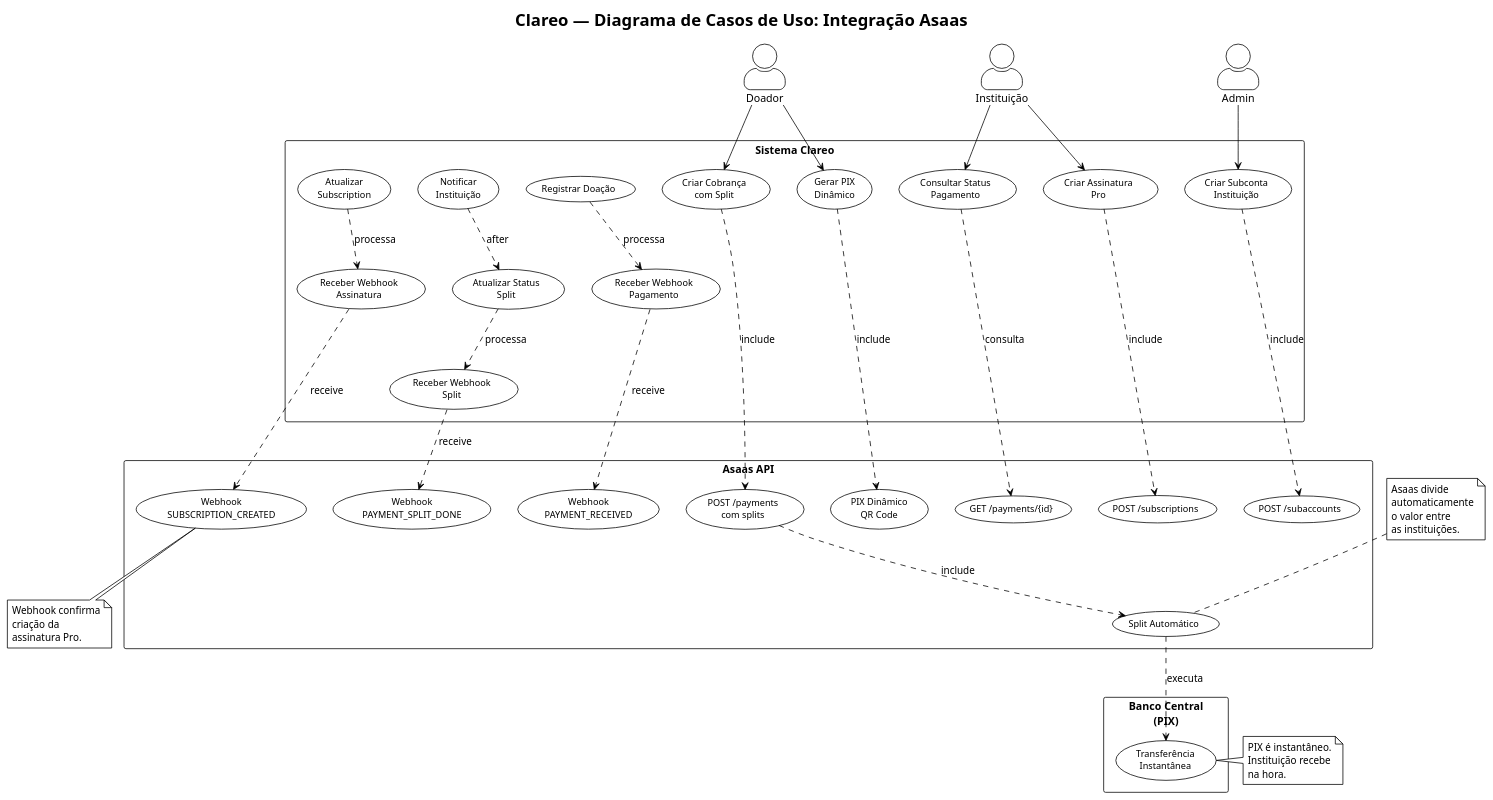
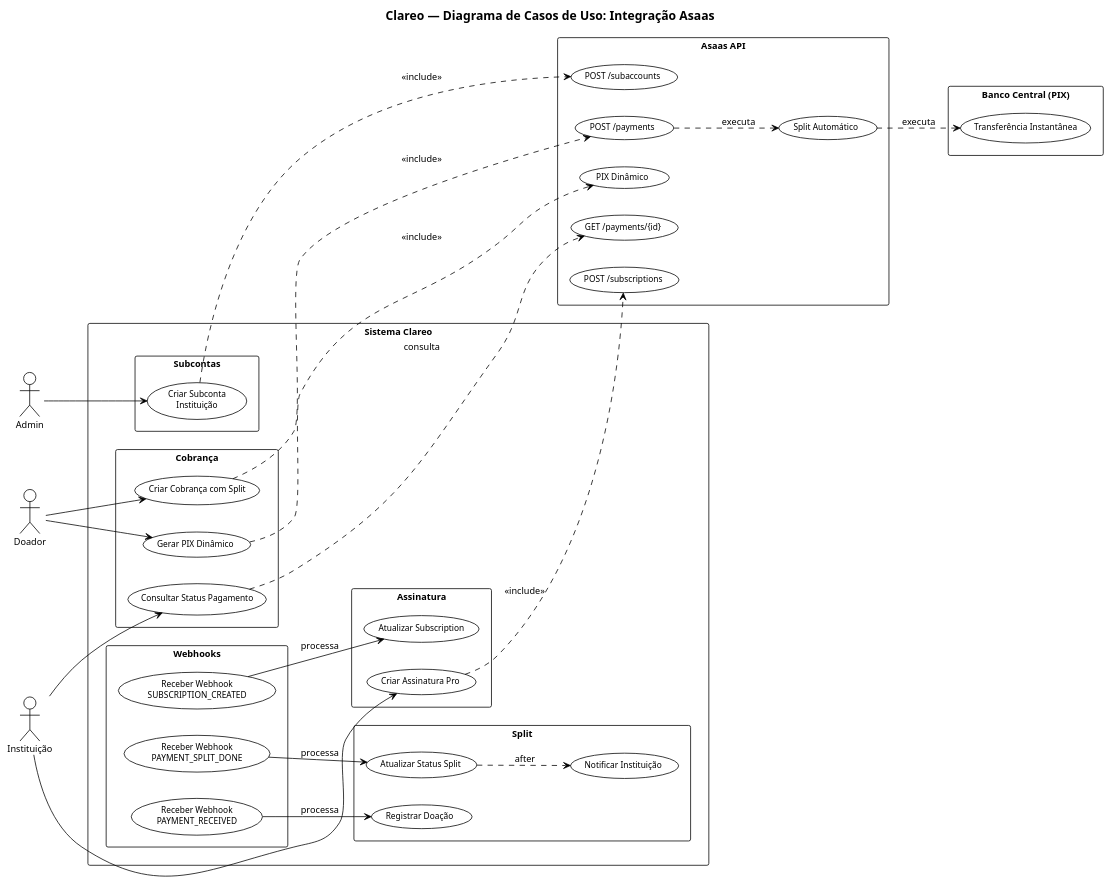
The diagram in doc/asaas/diagramas/05-INTEGRACAO-ASAAS.puml (GabrielHR0/clareo-api), drawn with PlantUML before and after one commit. The commit also changed 8 other files, not shown here.

Commit message:
docs: reorganizar diagramas PlantUML - bonequinhos de palito, packages, layout limpo

```diff
--- a/doc/asaas/diagramas/05-INTEGRACAO-ASAAS.puml
+++ b/doc/asaas/diagramas/05-INTEGRACAO-ASAAS.puml
@@ -1,86 +1,88 @@
 @startuml Clareo - Integracao Asaas
 !theme plain
-skinparam actorStyle awesome
+skinparam defaultFontName Arial
+skinparam defaultFontSize 12
+skinparam packageFontSize 13
 skinparam packageStyle rectangle
-skinparam packageFontSize 14
-skinparam usecaseFontSize 12
-skinparam defaultFontName Arial
+skinparam useCaseFontSize 11
+skinparam actorFontSize 12
+skinparam titleFontSize 16
+skinparam titleFontStyle bold
 
 title Clareo — Diagrama de Casos de Uso: Integração Asaas
 
+left to right direction
+
+' ===== Atores =====
 actor "Doador" as Donor
 actor "Instituição" as Institution
 actor "Admin" as Admin
 
+' ===== Sistema =====
 rectangle "Sistema Clareo" {
-  usecase "Criar Subconta\nInstituição" as UC1
-  usecase "Criar Cobrança\ncom Split" as UC2
-  usecase "Gerar PIX\nDinâmico" as UC3
-  usecase "Receber Webhook\nPagamento" as UC4
-  usecase "Receber Webhook\nSplit" as UC5
-  usecase "Registrar Doação" as UC6
-  usecase "Atualizar Status\nSplit" as UC7
-  usecase "Notificar\nInstituição" as UC8
-  usecase "Consultar Status\nPagamento" as UC9
-  usecase "Criar Assinatura\nPro" as UC10
-  usecase "Receber Webhook\nAssinatura" as UC11
-  usecase "Atualizar\nSubscription" as UC12
+
+  package "Cobrança" {
+    usecase "Criar Cobrança com Split" as UC1
+    usecase "Gerar PIX Dinâmico" as UC2
+    usecase "Consultar Status Pagamento" as UC3
+  }
+
+  package "Split" {
+    usecase "Registrar Doação" as UC4
+    usecase "Atualizar Status Split" as UC5
+    usecase "Notificar Instituição" as UC6
+  }
+
+  package "Assinatura" {
+    usecase "Criar Assinatura Pro" as UC7
+    usecase "Atualizar Subscription" as UC8
+  }
+
+  package "Webhooks" {
+    usecase "Receber Webhook\nPAYMENT_RECEIVED" as UC9
+    usecase "Receber Webhook\nPAYMENT_SPLIT_DONE" as UC10
+    usecase "Receber Webhook\nSUBSCRIPTION_CREATED" as UC11
+  }
+
+  package "Subcontas" {
+    usecase "Criar Subconta\nInstituição" as UC12
+  }
 }
 
+' ===== Asaas =====
 rectangle "Asaas API" {
-  usecase "POST /subaccounts" as UC_A1
-  usecase "POST /payments\ncom splits" as UC_A2
-  usecase "PIX Dinâmico\nQR Code" as UC_A3
-  usecase "Split Automático" as UC_A4
-  usecase "Webhook\nPAYMENT_RECEIVED" as UC_A5
-  usecase "Webhook\nPAYMENT_SPLIT_DONE" as UC_A6
-  usecase "GET /payments/{id}" as UC_A7
-  usecase "POST /subscriptions" as UC_A8
-  usecase "Webhook\nSUBSCRIPTION_CREATED" as UC_A9
+  usecase "POST /payments" as UC_A1
+  usecase "PIX Dinâmico" as UC_A2
+  usecase "Split Automático" as UC_A3
+  usecase "POST /subaccounts" as UC_A4
+  usecase "POST /subscriptions" as UC_A5
+  usecase "GET /payments/{id}" as UC_A6
 }
 
-rectangle "Banco Central\n(PIX)" {
-  usecase "Transferência\nInstantânea" as UC_B1
+' ===== Banco Central =====
+rectangle "Banco Central (PIX)" {
+  usecase "Transferência Instantânea" as UC_B1
 }
 
-Admin --> UC1
+' ===== Conexões =====
+Admin --> UC12
+Donor --> UC1
 Donor --> UC2
-Donor --> UC3
-Institution --> UC9
-Institution --> UC10
+Institution --> UC3
+Institution --> UC7
 
-UC1 ..> UC_A1 : include
-UC2 ..> UC_A2 : include
-UC3 ..> UC_A3 : include
-UC_A2 ..> UC_A4 : include
-UC4 ..> UC_A5 : receive
-UC5 ..> UC_A6 : receive
-UC6 ..> UC4 : processa
-UC7 ..> UC5 : processa
-UC8 ..> UC7 : after
-UC_A4 ..> UC_B1 : executa
-UC9 ..> UC_A7 : consulta
-UC10 ..> UC_A8 : include
-UC11 ..> UC_A9 : receive
-UC12 ..> UC11 : processa
+' ===== Relacionamentos =====
+UC1 ..> UC_A1 : <<include>>
+UC2 ..> UC_A2 : <<include>>
+UC_A1 ..> UC_A3 : executa
+UC12 ..> UC_A4 : <<include>>
+UC7 ..> UC_A5 : <<include>>
+UC3 ..> UC_A6 : consulta
 
-note top of UC_A4
-  Asaas divide
-  automaticamente
-  o valor entre
-  as instituições.
-end note
-
-note right of UC_B1
-  PIX é instantâneo.
-  Instituição recebe
-  na hora.
-end note
-
-note bottom of UC_A9
-  Webhook confirma
-  criação da
-  assinatura Pro.
-end note
+UC9 --> UC4 : processa
+UC10 --> UC5 : processa
+UC11 --> UC8 : processa
+UC5 ..> UC6 : after
+UC_A3 ..> UC_B1 : executa
 
 @enduml
```
